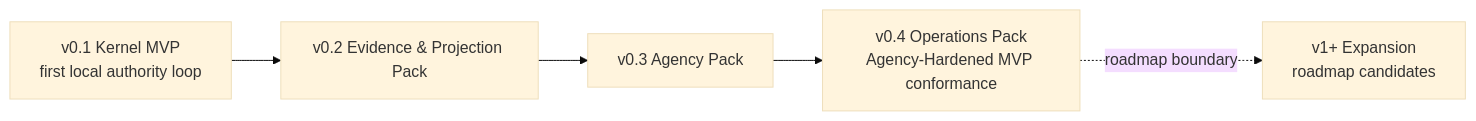
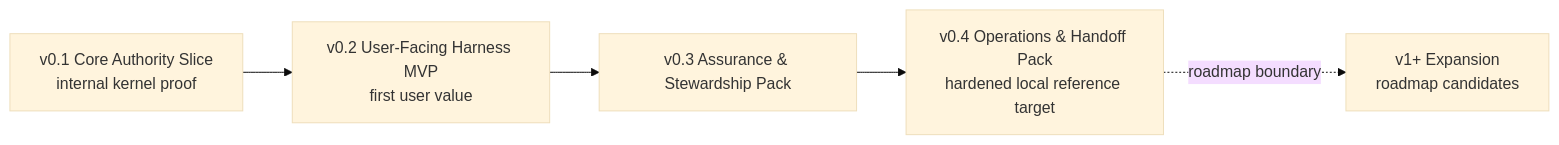
The first of 2 diagrams in docs/en/build/mvp-plan.md (minjungw00/Volicord), drawn with Mermaid (base theme) before and after one commit. The commit also changed other lines of this file and 43 other files, not shown here.

Commit message:
docs: restage MVP around core user-visible value

````diff
--- a/docs/en/build/mvp-plan.md
+++ b/docs/en/build/mvp-plan.md
@@ -36,7 +41,7 @@
 ```mermaid
 flowchart LR
-  Kernel["v0.1 Kernel MVP<br/>first local authority loop"] --> Evidence["v0.2 Evidence & Projection Pack"]
-  Evidence --> Agency["v0.3 Agency Pack"]
-  Agency --> Ops["v0.4 Operations Pack<br/>Agency-Hardened MVP conformance"]
+  Core["v0.1 Core Authority Slice<br/>internal kernel proof"] --> MVP["v0.2 User-Facing Harness MVP<br/>first user value"]
+  MVP --> Assurance["v0.3 Assurance & Stewardship Pack"]
+  Assurance --> Ops["v0.4 Operations & Handoff Pack<br/>hardened local reference target"]
   Ops -. "roadmap boundary" .-> Expansion["v1+ Expansion<br/>roadmap candidates"]
 ```
````
